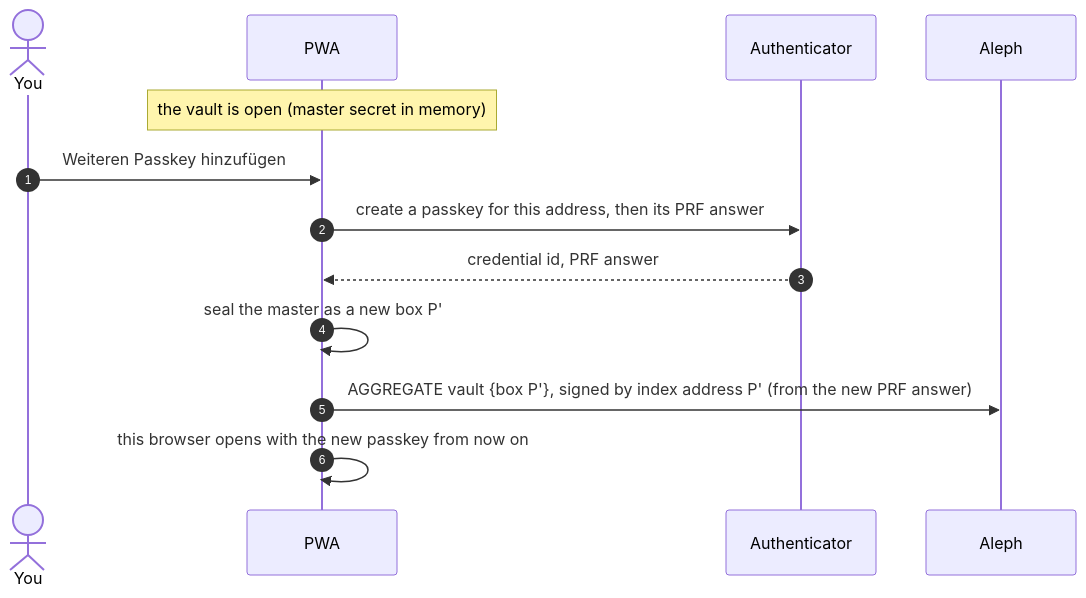
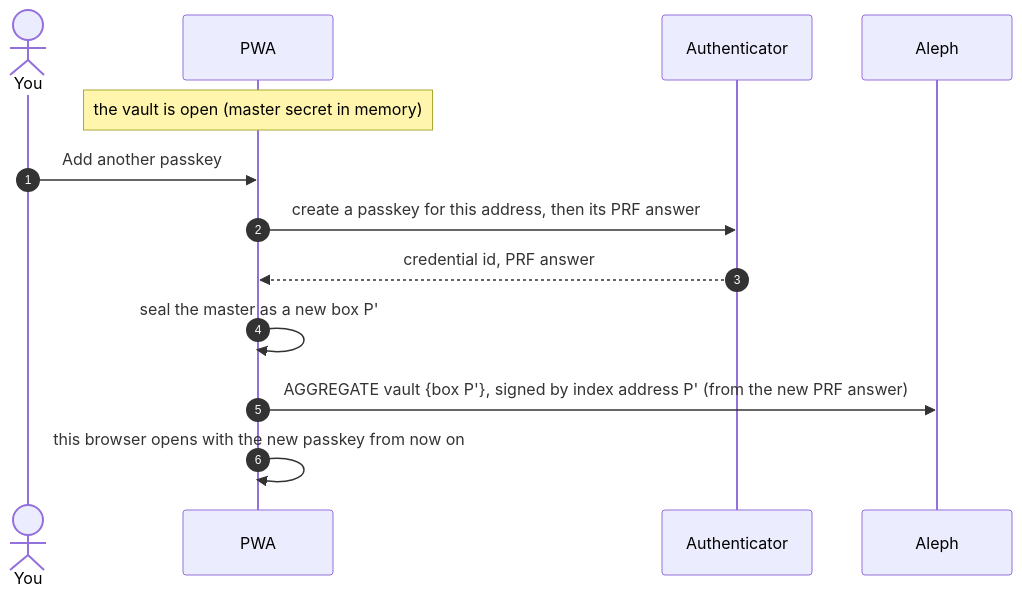
The fifth of 5 diagrams in docs/keys-and-recovery.md (Le-Space/paperless-anywhere), drawn with Mermaid before and after one commit. The commit also changed other lines of this file and 4 other files, not shown here.

````diff
--- a/docs/keys-and-recovery.md
+++ b/docs/keys-and-recovery.md
@@ -151,16 +151,16 @@
 ```mermaid
 sequenceDiagram
     autonumber
     actor You
     participant PWA
     participant Auth as Authenticator
     participant Aleph
 
     Note over PWA: the vault is open (master secret in memory)
-    You->>PWA: Weiteren Passkey hinzufügen
+    You->>PWA: Add another passkey
     PWA->>Auth: create a passkey for this address, then its PRF answer
     Auth-->>PWA: credential id, PRF answer
     PWA->>PWA: seal the master as a new box P'
     PWA->>Aleph: AGGREGATE vault {box P'}, signed by index address P' (from the new PRF answer)
     PWA->>PWA: this browser opens with the new passkey from now on
 ```
````
